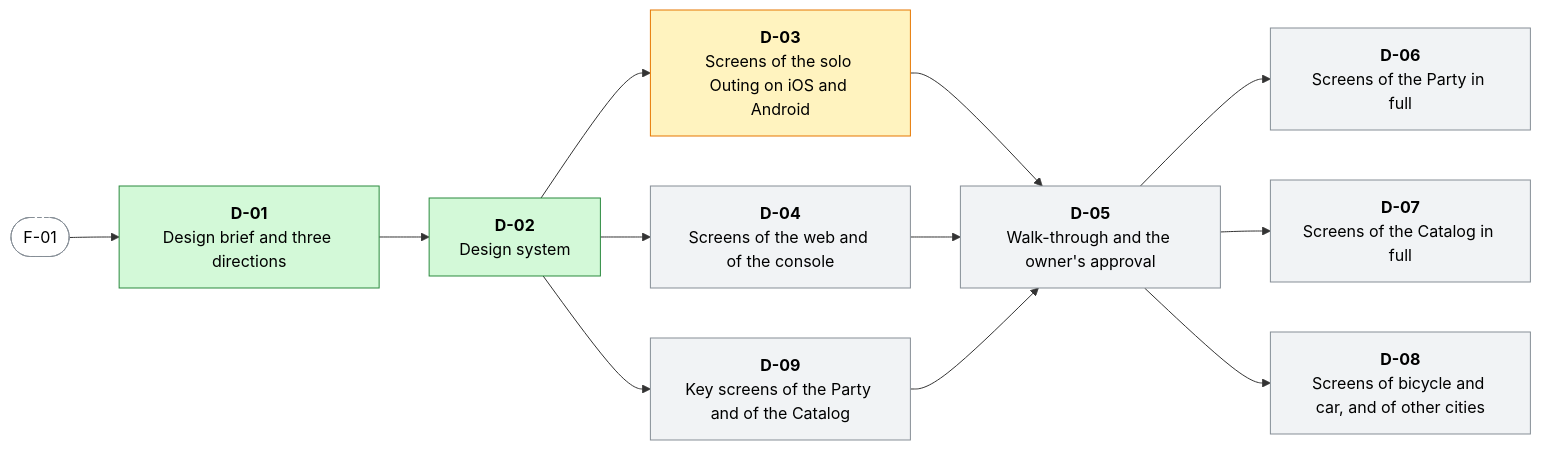
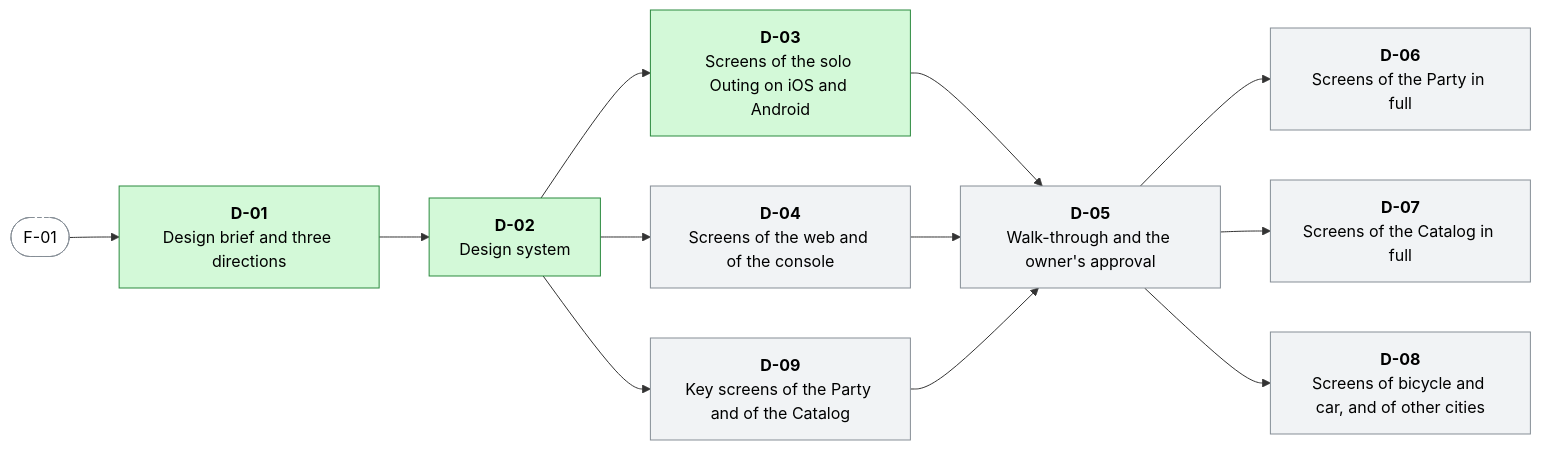
Before and after one commit to menisika/Smart-Tour-Guide-and-Itinerary-Planner: the second of 17 diagrams in docs/WORK-PLAN.md, drawn with Mermaid. The commit also changed other lines of this file and 2 other files, not shown here.

First line of the commit message:
docs(design): close the solo Outing screens on the owner's acceptance

````diff
--- a/docs/WORK-PLAN.md
+++ b/docs/WORK-PLAN.md
@@ -272,29 +272,29 @@
 ```mermaid
 flowchart LR
   classDef done fill:#d3f9d8,stroke:#2b8a3e,color:#000
   classDef progress fill:#fff3bf,stroke:#e67700,color:#000
   classDef blocked fill:#ffe3e3,stroke:#c92a2a,color:#000
   classDef todo fill:#f1f3f5,stroke:#868e96,color:#000
   classDef outside fill:#ffffff,stroke:#868e96,stroke-dasharray:4 3,color:#000
   D_01["<b>D-01</b><br/>Design brief and three directions"]:::done
   D_02["<b>D-02</b><br/>Design system"]:::done
-  D_03["<b>D-03</b><br/>Screens of the solo Outing on iOS and Android"]:::progress
+  D_03["<b>D-03</b><br/>Screens of the solo Outing on iOS and Android"]:::done
   D_04["<b>D-04</b><br/>Screens of the web and of the console"]:::todo
   D_09["<b>D-09</b><br/>Key screens of the Party and of the Catalog"]:::todo
   D_05["<b>D-05</b><br/>Walk-through and the owner's approval"]:::todo
   D_06["<b>D-06</b><br/>Screens of the Party in full"]:::todo
   D_07["<b>D-07</b><br/>Screens of the Catalog in full"]:::todo
   D_08["<b>D-08</b><br/>Screens of bicycle and car, and of other cities"]:::todo
   F_01(["F-01"]):::outside
   F_01 --> D_01
   D_01 --> D_02
   D_02 --> D_03
   D_02 --> D_04
   D_02 --> D_09
   D_03 --> D_05
   D_04 --> D_05
   D_09 --> D_05
   D_05 --> D_06
   D_05 --> D_07
   D_05 --> D_08
 ```
````
